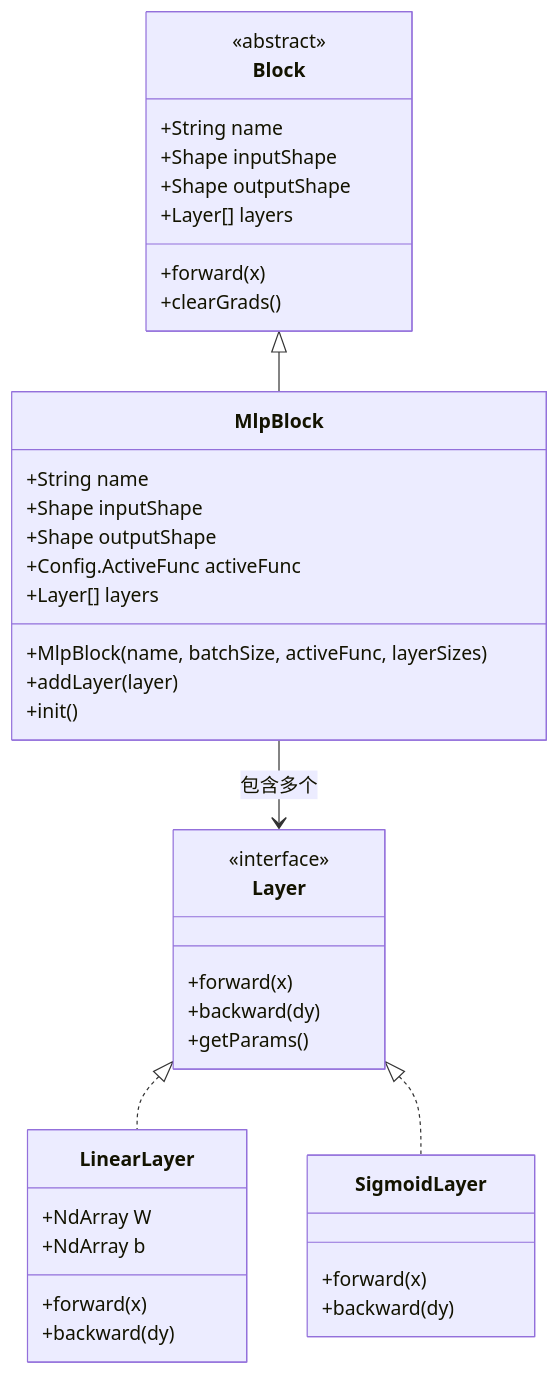
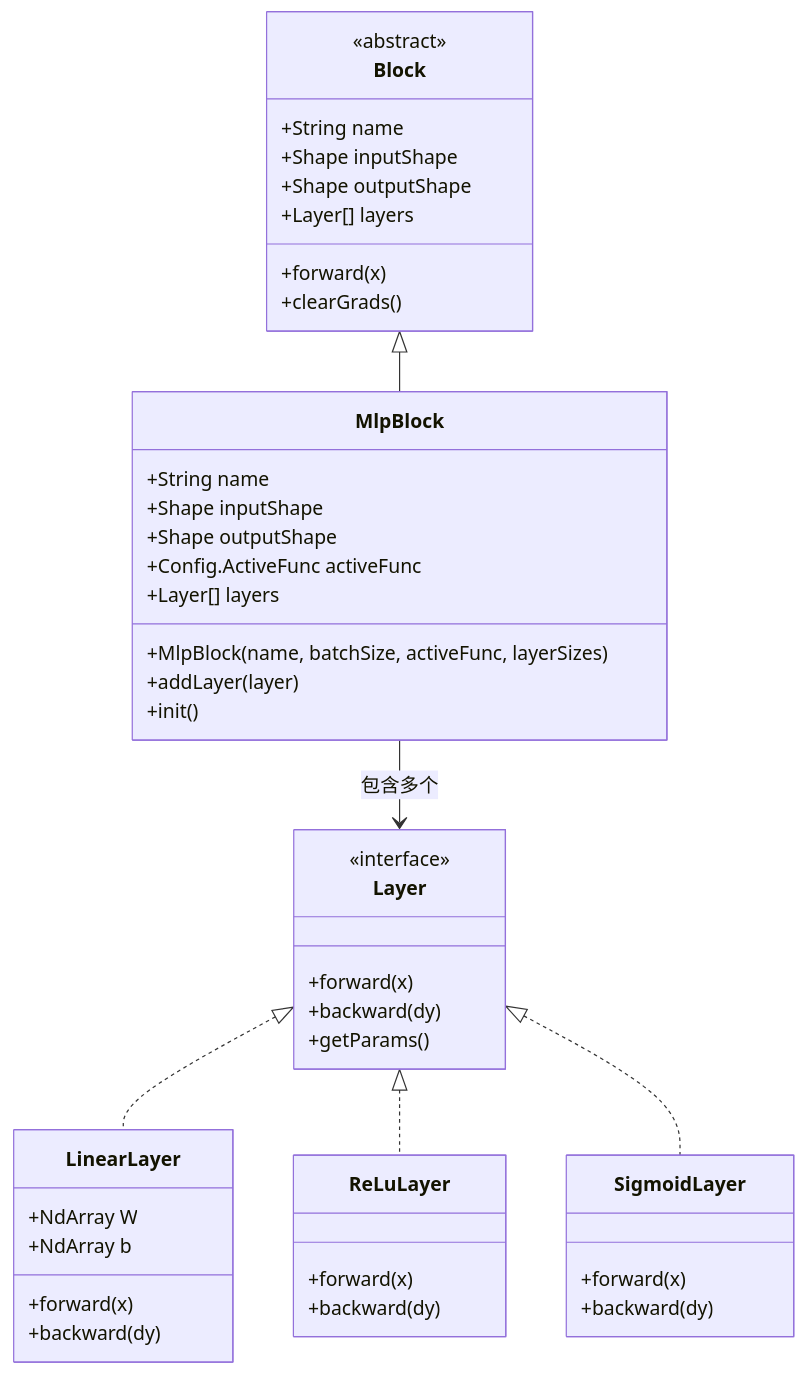
The second of 5 diagrams in .qoder/repowiki/zh/content/示例详解/螺旋数据分类.md (Leavesfly/TinyDL-0.01), drawn with Mermaid before and after one commit. The commit also changed other lines of this file and 6 other files, not shown here.

````diff
--- a/.qoder/repowiki/zh/content/示例详解/螺旋数据分类.md
+++ b/.qoder/repowiki/zh/content/示例详解/螺旋数据分类.md
@@ -74,42 +82,47 @@
 ```mermaid
 classDiagram
 class MlpBlock {
 +String name
 +Shape inputShape
 +Shape outputShape
 +Config.ActiveFunc activeFunc
 +Layer[] layers
 +MlpBlock(name, batchSize, activeFunc, layerSizes)
 +addLayer(layer)
 +init()
 }
 class Block {
 <<abstract>>
 +String name
 +Shape inputShape
 +Shape outputShape
 +Layer[] layers
 +forward(x)
 +clearGrads()
 }
 class Layer {
 <<interface>>
 +forward(x)
 +backward(dy)
 +getParams()
 }
 class LinearLayer {
 +NdArray W
 +NdArray b
 +forward(x)
 +backward(dy)
 }
+class ReLuLayer {
++forward(x)
++backward(dy)
+}
 class SigmoidLayer {
 +forward(x)
 +backward(dy)
 }
 Block <|-- MlpBlock
 MlpBlock --> Layer : 包含多个
 Layer <|.. LinearLayer
+Layer <|.. ReLuLayer
 Layer <|.. SigmoidLayer
 ```
````
